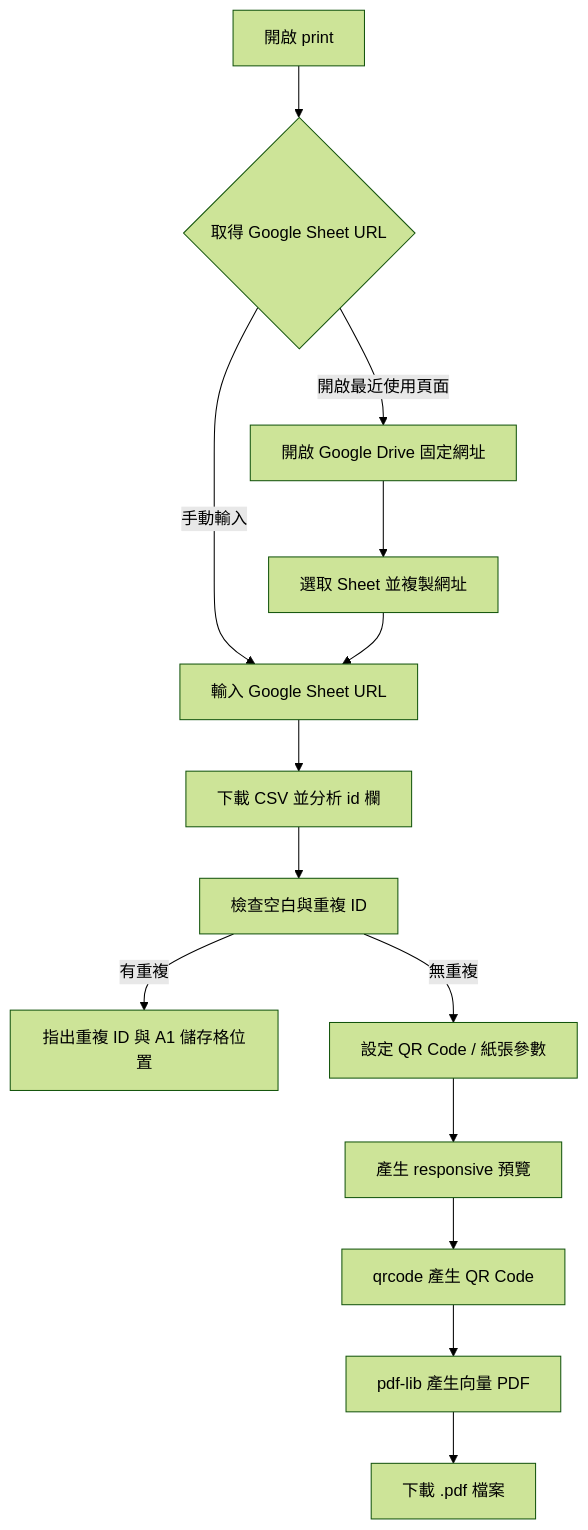
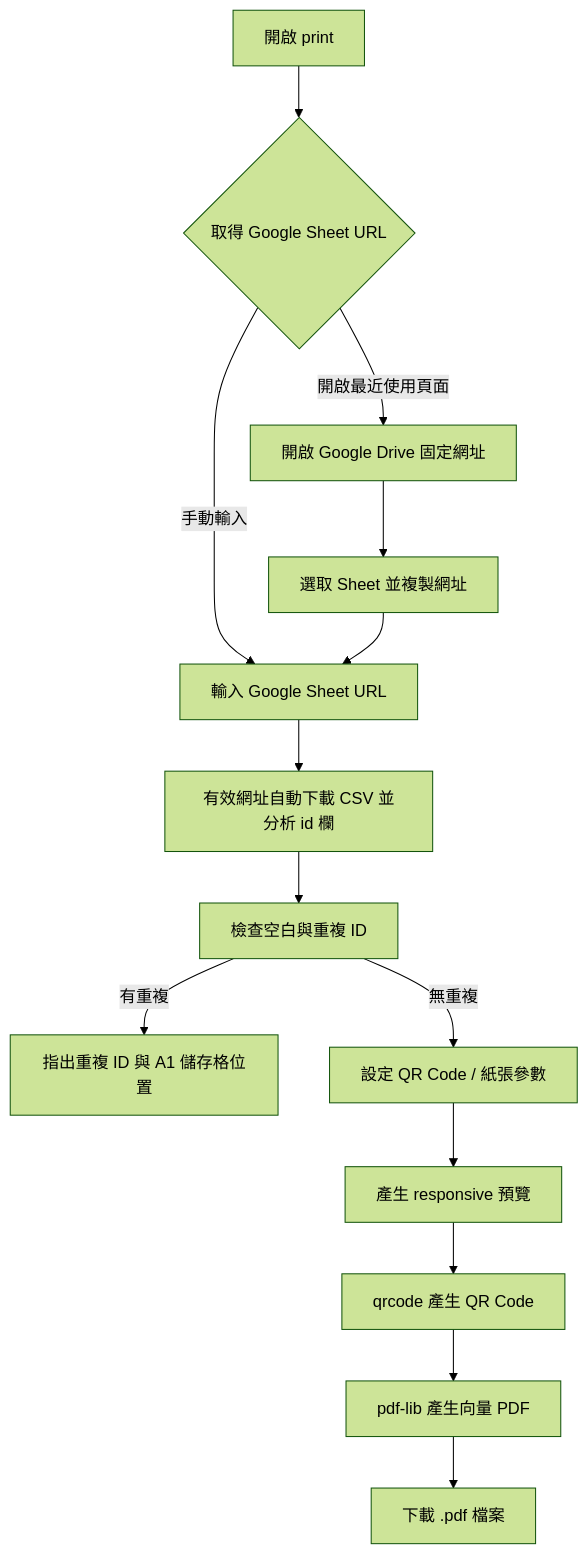
The diagram in print/README.md (pulipulichen/Mobile-Inventory-Scanner), drawn with Mermaid (forest theme) before and after one commit. The commit also changed other lines of this file and 36 other files, not shown here.

````diff
--- a/print/README.md
+++ b/print/README.md
@@ -55,16 +55,16 @@
 ```mermaid
 flowchart TB
     A["開啟 print"] --> B{"取得 Google Sheet URL"}
     B -->|"手動輸入"| C["輸入 Google Sheet URL"]
     B -->|"開啟最近使用頁面"| D["開啟 Google Drive 固定網址"]
     D --> E["選取 Sheet 並複製網址"]
     E --> C
-    C --> F["下載 CSV 並分析 id 欄"]
+    C --> F["有效網址自動下載 CSV 並分析 id 欄"]
     F --> G["檢查空白與重複 ID"]
     G -->|"有重複"| H["指出重複 ID 與 A1 儲存格位置"]
     G -->|"無重複"| I["設定 QR Code / 紙張參數"]
     I --> J["產生 responsive 預覽"]
     J --> K["qrcode 產生 QR Code"]
     K --> L["pdf-lib 產生向量 PDF"]
     L --> M["下載 .pdf 檔案"]
 ```
````
